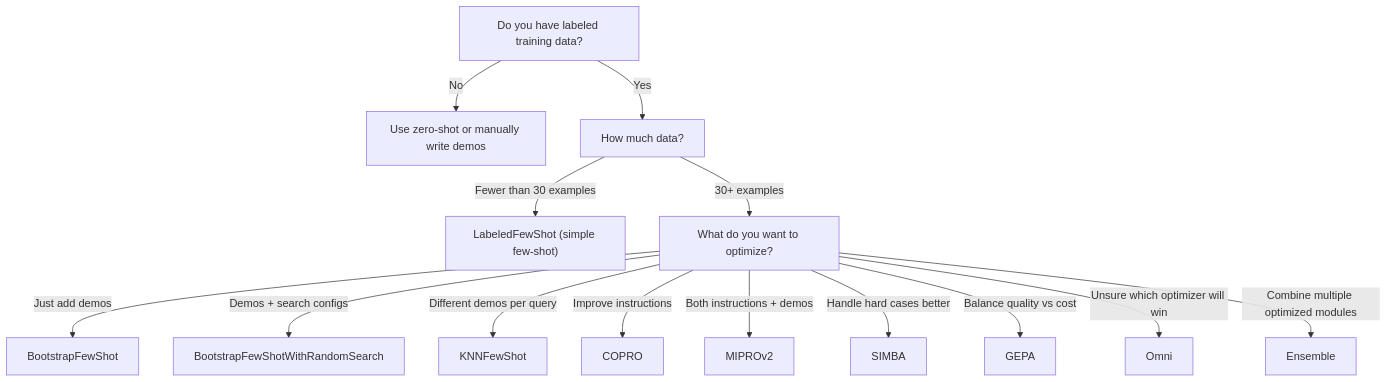
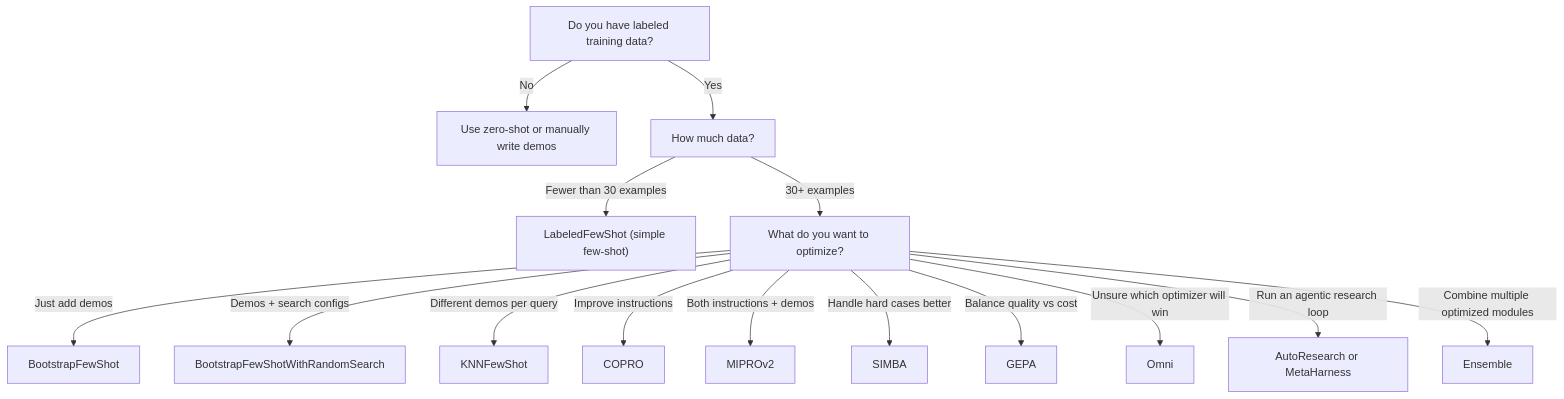
Before and after one commit to JamesHWade/dsprrr: the diagram in vignettes/advanced-optimization.Rmd, drawn with Mermaid. The commit also changed other lines of this file and 21 other files, not shown here.

Commit message:
Add AutoResearch and Meta-Harness agentic optimizers (#122)

````diff
--- a/vignettes/advanced-optimization.Rmd
+++ b/vignettes/advanced-optimization.Rmd
@@ -45,17 +47,18 @@
 ```mermaid
 flowchart TB
   Start["Do you have labeled training data?"]
   Start -->|No| Zero["Use zero-shot or manually write demos"]
   Start -->|Yes| Data["How much data?"]
   Data -->|Fewer than 30 examples| Labeled["LabeledFewShot (simple few-shot)"]
   Data -->|30+ examples| Optimize["What do you want to optimize?"]
   Optimize -->|Just add demos| Bootstrap["BootstrapFewShot"]
   Optimize -->|Demos + search configs| Random["BootstrapFewShotWithRandomSearch"]
   Optimize -->|Different demos per query| KNN["KNNFewShot"]
   Optimize -->|Improve instructions| COPRO["COPRO"]
   Optimize -->|Both instructions + demos| MIPRO["MIPROv2"]
   Optimize -->|Handle hard cases better| SIMBA["SIMBA"]
   Optimize -->|Balance quality vs cost| GEPA["GEPA"]
   Optimize -->|Unsure which optimizer will win| Omni["Omni"]
+  Optimize -->|Run an agentic research loop| Agentic["AutoResearch or MetaHarness"]
   Optimize -->|Combine multiple optimized modules| Ensemble["Ensemble"]
 ```
````
